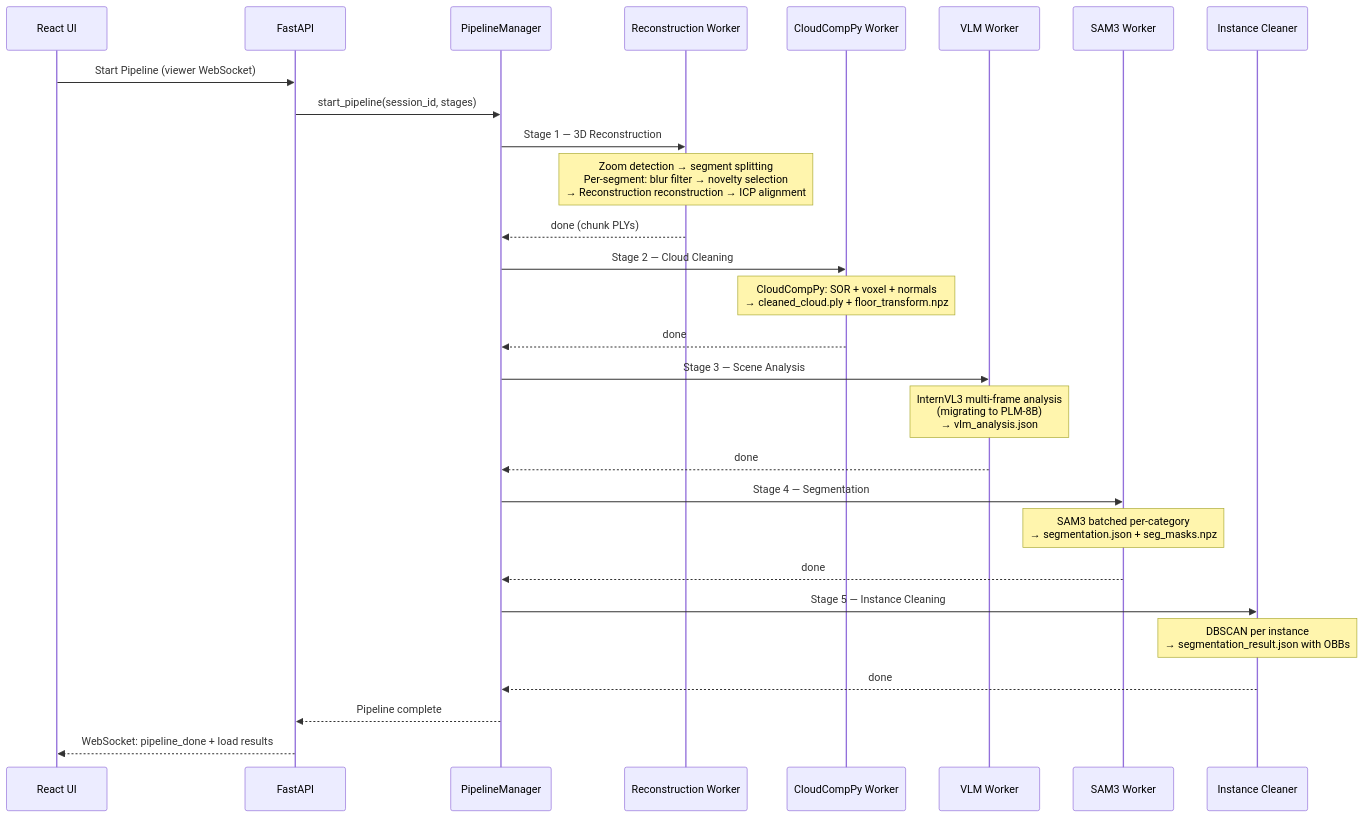
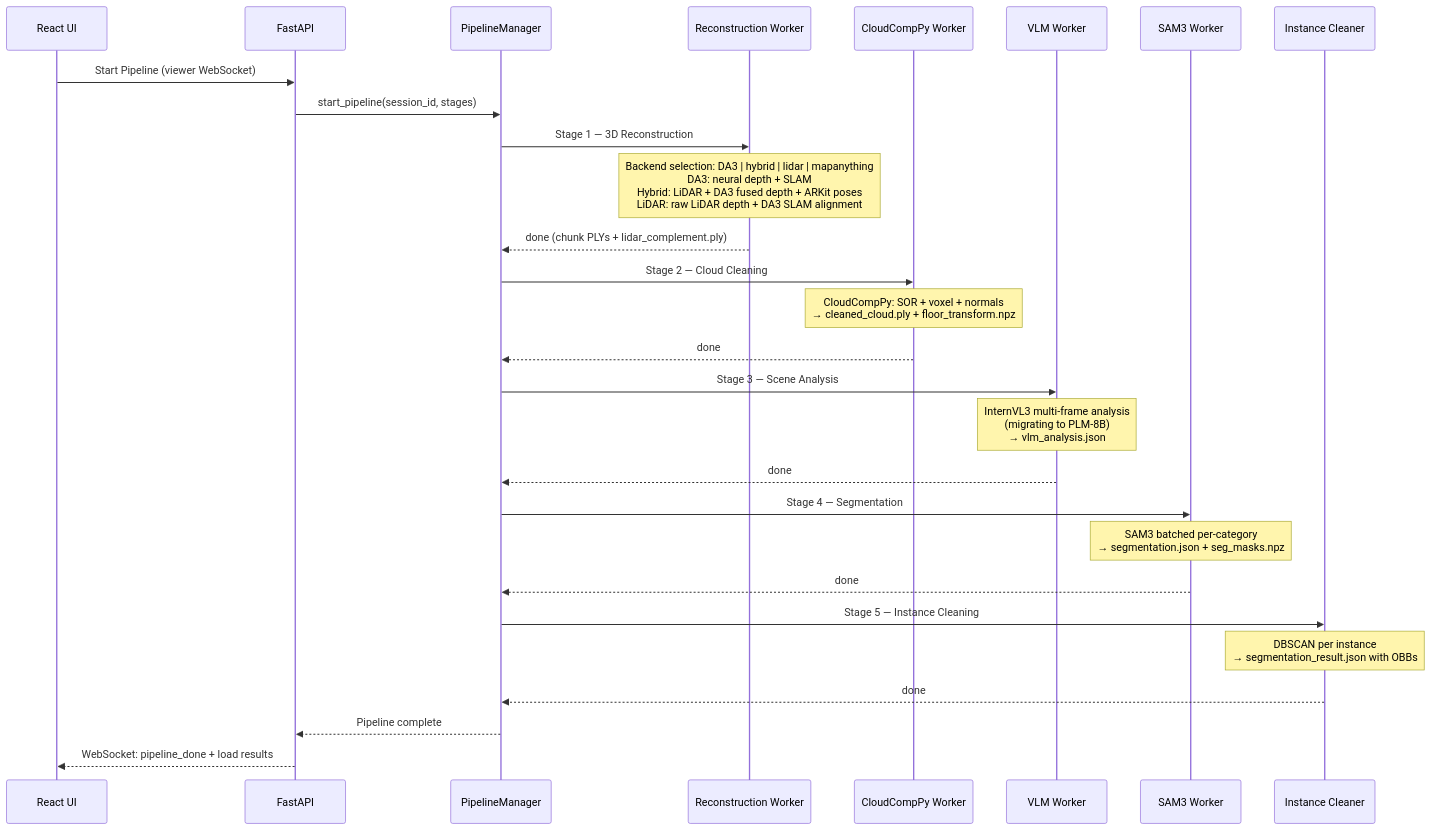
Before and after one commit to hernanbarreto/stac-build: the third of 3 diagrams in docs/ARCHITECTURE.md, drawn with Mermaid. The commit also changed other lines of this file and 16 other files, not shown here.

````diff
--- a/docs/ARCHITECTURE.md
+++ b/docs/ARCHITECTURE.md
@@ -260,37 +269,37 @@
 ```mermaid
 sequenceDiagram
     participant UI as React UI
     participant API as FastAPI
     participant PM as PipelineManager
     participant ReconstructionW as Reconstruction Worker
     participant CCW as CloudCompPy Worker
     participant VLMW as VLM Worker
     participant SAMW as SAM3 Worker
     participant ICW as Instance Cleaner
 
     UI->>API: Start Pipeline (viewer WebSocket)
     API->>PM: start_pipeline(session_id, stages)
 
     PM->>ReconstructionW: Stage 1 — 3D Reconstruction
-    Note over ReconstructionW: Zoom detection → segment splitting<br/>Per-segment: blur filter → novelty selection<br/>→ Reconstruction reconstruction → ICP alignment
-    ReconstructionW-->>PM: done (chunk PLYs)
+    Note over ReconstructionW: Backend selection: DA3 | hybrid | lidar | mapanything<br/>DA3: neural depth + SLAM<br/>Hybrid: LiDAR + DA3 fused depth + ARKit poses<br/>LiDAR: raw LiDAR depth + DA3 SLAM alignment
+    ReconstructionW-->>PM: done (chunk PLYs + lidar_complement.ply)
 
     PM->>CCW: Stage 2 — Cloud Cleaning
     Note over CCW: CloudCompPy: SOR + voxel + normals<br/>→ cleaned_cloud.ply + floor_transform.npz
     CCW-->>PM: done
 
     PM->>VLMW: Stage 3 — Scene Analysis
     Note over VLMW: InternVL3 multi-frame analysis<br/>(migrating to PLM-8B)<br/>→ vlm_analysis.json
     VLMW-->>PM: done
 
     PM->>SAMW: Stage 4 — Segmentation
     Note over SAMW: SAM3 batched per-category<br/>→ segmentation.json + seg_masks.npz
     SAMW-->>PM: done
 
     PM->>ICW: Stage 5 — Instance Cleaning
     Note over ICW: DBSCAN per instance<br/>→ segmentation_result.json with OBBs
     ICW-->>PM: done
 
     PM-->>API: Pipeline complete
     API-->>UI: WebSocket: pipeline_done + load results
 ```
````
